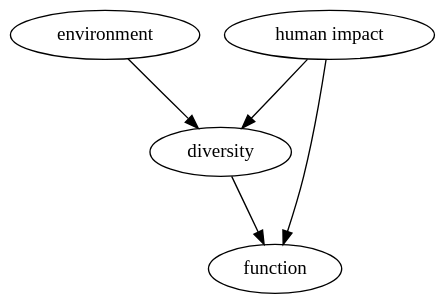
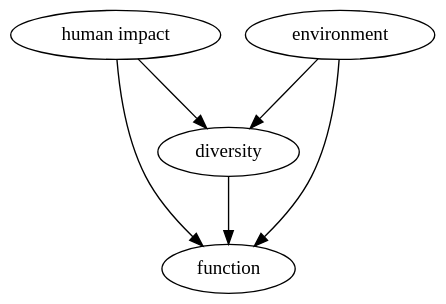
Before and after one commit to pennekampster/Swiss_SEM: the sixth of 27 diagrams in 5_Slides/Intro_to_SEM_part1.qmd, drawn with Graphviz. The commit also changed other lines of this file and 3 other files, not shown here.

````diff
--- a/5_Slides/Intro_to_SEM_part1.qmd
+++ b/5_Slides/Intro_to_SEM_part1.qmd
@@ -521,18 +521,19 @@
 ```{dot}
 //| fig-width: 10
 digraph G {
 
   graph [overlap = false, fontsize = 10, layout = dot, ranksep = .7,
        rankdir = TB]
   impact [label="human impact"]
 
   bgcolor="transparent"
   environment -> diversity;
+  environment -> function;
   impact -> diversity;
   diversity -> function;
   impact -> function;
   
   
   
 }
 ```
````
